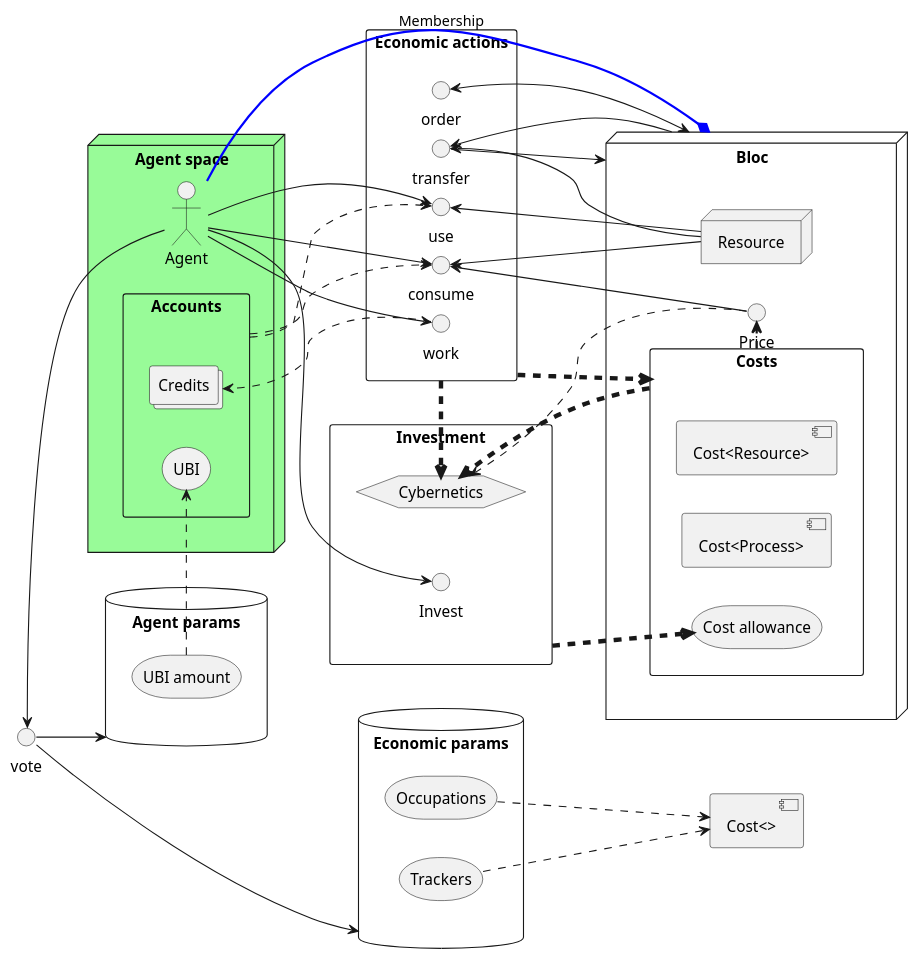
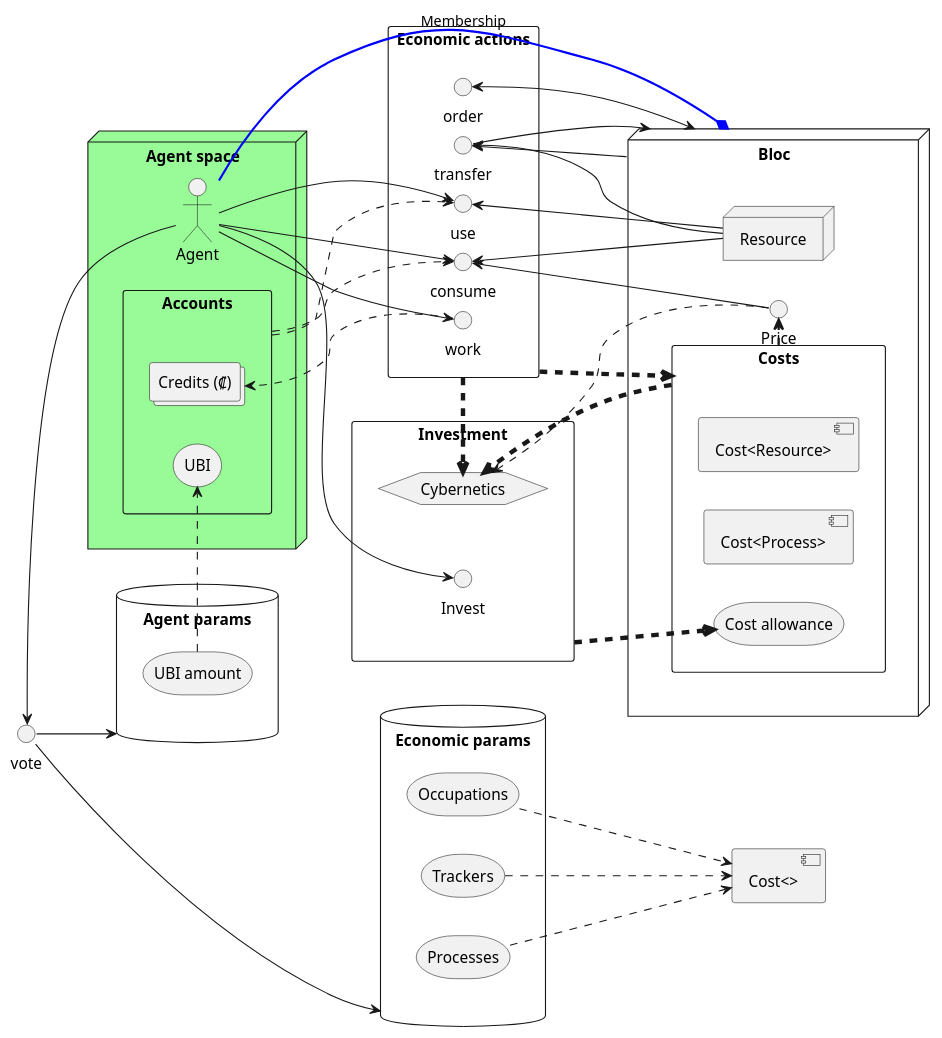
One commit to basisproject/paper changed the diagram in protocol.plantuml. Above: the diagram before and after it, drawn with PlantUML.

Commit message:
adding cred sym, adding economic processes to params

```diff
--- a/protocol.plantuml
+++ b/protocol.plantuml
@@ -1,78 +1,80 @@
 @startuml
 
 left to right direction
 node Agent as "Agent space" #palegreen {
 	actor Agent.agent as "Agent"
 
 	rectangle Accounts {
-		collections Account.credits as "Credits"
+		collections Account.credits as "Credits (₡)"
 		storage Agent.UBI as "UBI"
 	}
 }
 
 interface Vote as "vote"
 
 database AgentParams as "Agent params" {
 	storage AgentParams.UBI as "UBI amount"
 }
 
 database EconParams as "Economic params" {
 	storage EconParams.Occ as "Occupations"
 	storage EconParams.Trk as "Trackers"
+	storage EconParams.Proc as "Processes"
 }
 
 component Cost as "Cost<>" {
 }
 
 node Bloc {
 	rectangle Bloc.cost as "Costs" {
 		component Resource.cost as "Cost<Resource>"
 		component Process.cost as "Cost<Process>"
 		storage Bloc.Allowance as "Cost allowance"
 	}
 	node Resource
 	interface Price
 }
 
 rectangle Investment {
 	hexagon Cyber as "Cybernetics"
 	interface Invest
 }
 
 rectangle EcActions as "Economic actions" {
 	interface Order as "order"
 	interface Work as "work"
 	interface Use as "use"
 	interface Consume as "consume"
 	interface Transfer as "transfer"
 }
 
 Agent.agent -l-> Vote
 Agent.agent -d-> Consume
 Agent.agent -d-> Use
 Agent.agent -d-> Work
 Agent.agent -[#blue,thickness=2]* Bloc : "Membership"
 Agent.agent -u-> Invest
 Accounts .> Use
 Accounts .> Consume
 Vote -d-> AgentParams
 Vote -d--> EconParams
 Bloc <-> Order
 Bloc -> Transfer
 Bloc.cost .[thickness=2]> Price
 Bloc.cost .[thickness=4].> Cyber
 AgentParams.UBI .> Agent.UBI
 EconParams.Occ .d.> Cost
 EconParams.Trk .d.> Cost
+EconParams.Proc .d.> Cost
 Price -> Consume
 Price .> Cyber
 Investment .[thickness=4].> Bloc.Allowance
 Work .> Account.credits
 Transfer -d-> Bloc
 Resource -u-> Consume
 Resource -u-> Use
 Resource -u-> Transfer
 EcActions .[thickness=4]> Cyber
 EcActions .[thickness=4].> Bloc.cost
 
 @enduml
```
